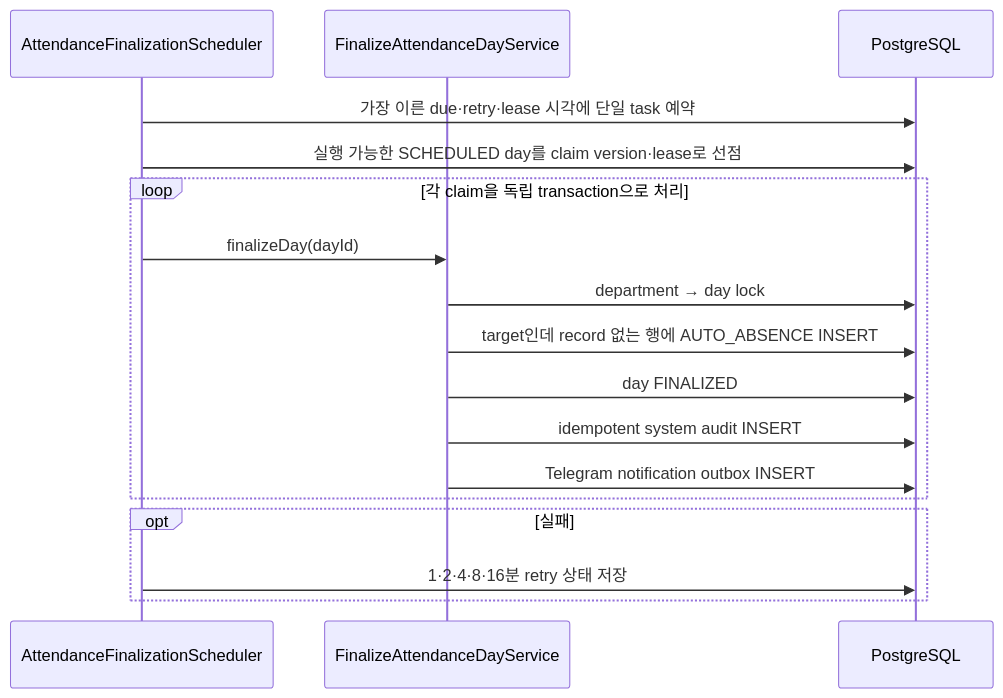
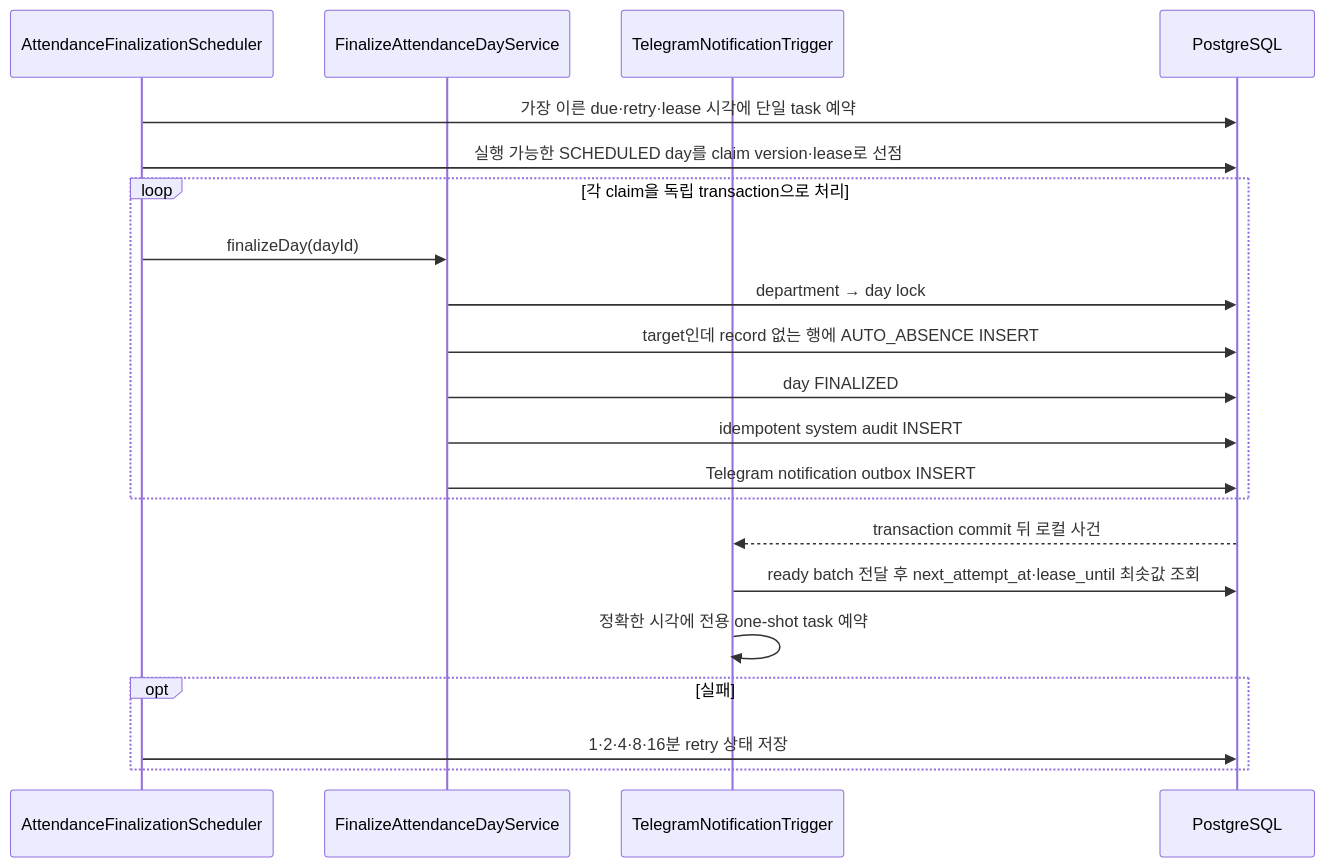
Diagram 21 of 25 in docs/CURRENT_CODE_STUDY_GUIDE.md (jinhokingofworld/attend), drawn with Mermaid before and after one commit. The commit also changed other lines of this file and 40 other files, not shown here.

````diff
--- a/docs/CURRENT_CODE_STUDY_GUIDE.md
+++ b/docs/CURRENT_CODE_STUDY_GUIDE.md
@@ -740,20 +740,24 @@
 ```mermaid
 sequenceDiagram
     participant Scheduler as AttendanceFinalizationScheduler
     participant Service as FinalizeAttendanceDayService
+    participant Telegram as TelegramNotificationTrigger
     participant DB as PostgreSQL
 
     Scheduler->>DB: 가장 이른 due·retry·lease 시각에 단일 task 예약
     Scheduler->>DB: 실행 가능한 SCHEDULED day를 claim version·lease로 선점
     loop 각 claim을 독립 transaction으로 처리
         Scheduler->>Service: finalizeDay(dayId)
         Service->>DB: department → day lock
         Service->>DB: target인데 record 없는 행에 AUTO_ABSENCE INSERT
         Service->>DB: day FINALIZED
         Service->>DB: idempotent system audit INSERT
         Service->>DB: Telegram notification outbox INSERT
     end
+    DB-->>Telegram: transaction commit 뒤 로컬 사건
+    Telegram->>DB: ready batch 전달 후 next_attempt_at·lease_until 최솟값 조회
+    Telegram->>Telegram: 정확한 시각에 전용 one-shot task 예약
     opt 실패
         Scheduler->>DB: 1·2·4·8·16분 retry 상태 저장
     end
 ```
````
